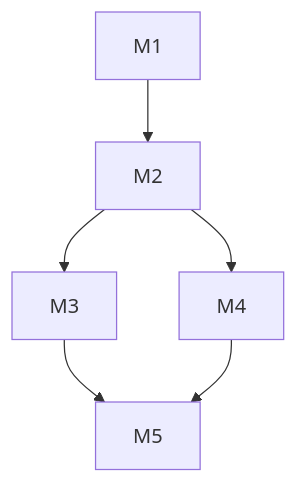
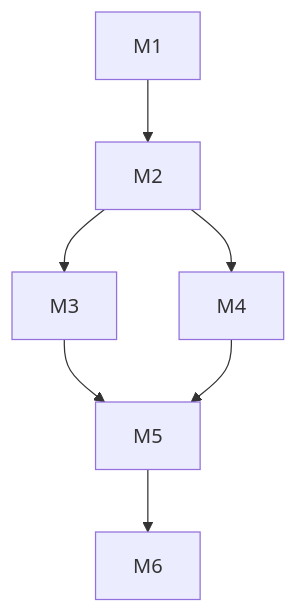
The second of 2 diagrams in .internal/validation-spec.md (anton-pershin/agent-validation), drawn with Mermaid before and after one commit. The commit also changed other lines of this file and 32 other files, not shown here.

````diff
--- a/.internal/validation-spec.md
+++ b/.internal/validation-spec.md
@@ -334,8 +377,9 @@
 ```mermaid
 flowchart TD
   M1 --> M2
   M2 --> M3
   M2 --> M4
   M3 --> M5
   M4 --> M5
+  M5 --> M6
 ```
````
